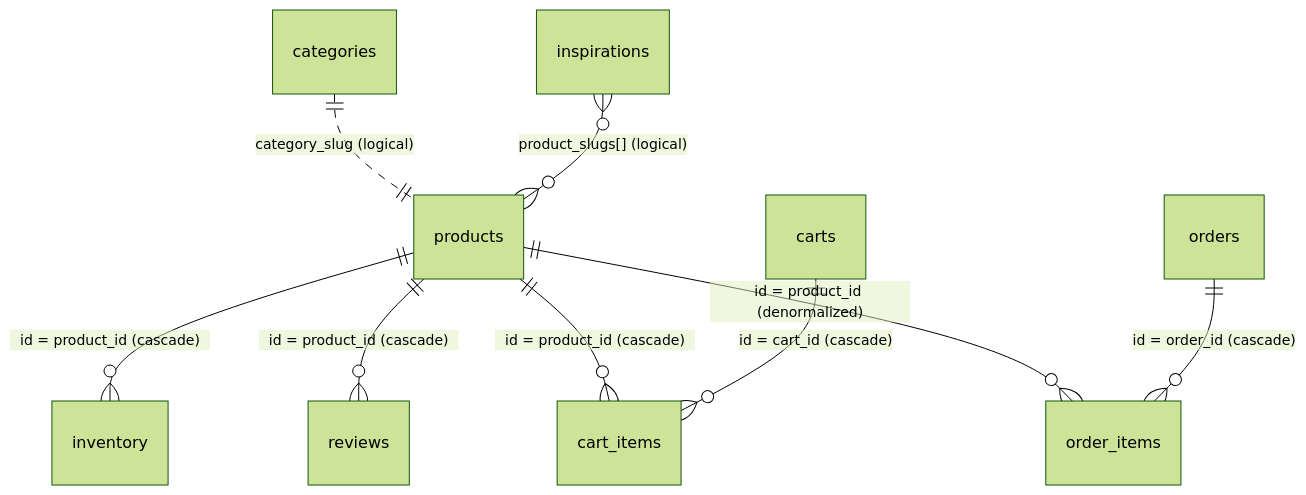
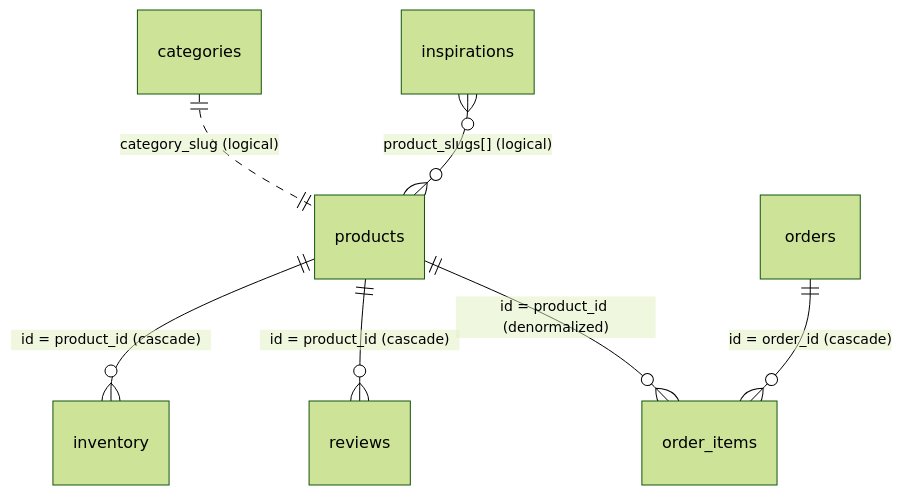
Before and after one commit to nordeim/home-furnishing-store: the second of 2 diagrams in Project_Architecture_Document.md, drawn with Mermaid (forest theme). The commit also changed other lines of this file and 44 other files, not shown here.

````diff
--- a/Project_Architecture_Document.md
+++ b/Project_Architecture_Document.md
@@ -522,11 +575,9 @@
 ```mermaid
 erDiagram
     categories ||..|| products : "category_slug (logical)"
     products ||--o{ inventory : "id = product_id (cascade)"
     products ||--o{ reviews : "id = product_id (cascade)"
-    products ||--o{ cart_items : "id = product_id (cascade)"
     products ||--o{ order_items : "id = product_id (denormalized)"
-    carts ||--o{ cart_items : "id = cart_id (cascade)"
     orders ||--o{ order_items : "id = order_id (cascade)"
     inspirations }o--o{ products : "product_slugs[] (logical)"
 ```
````
